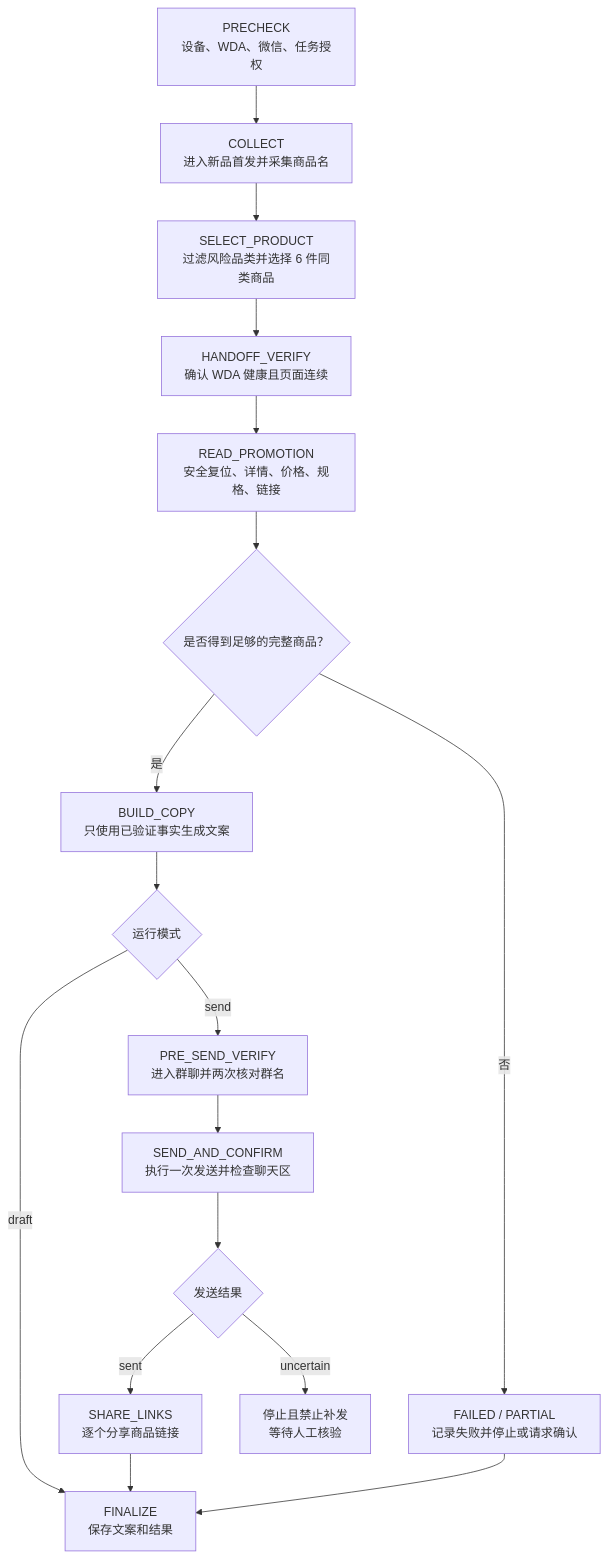
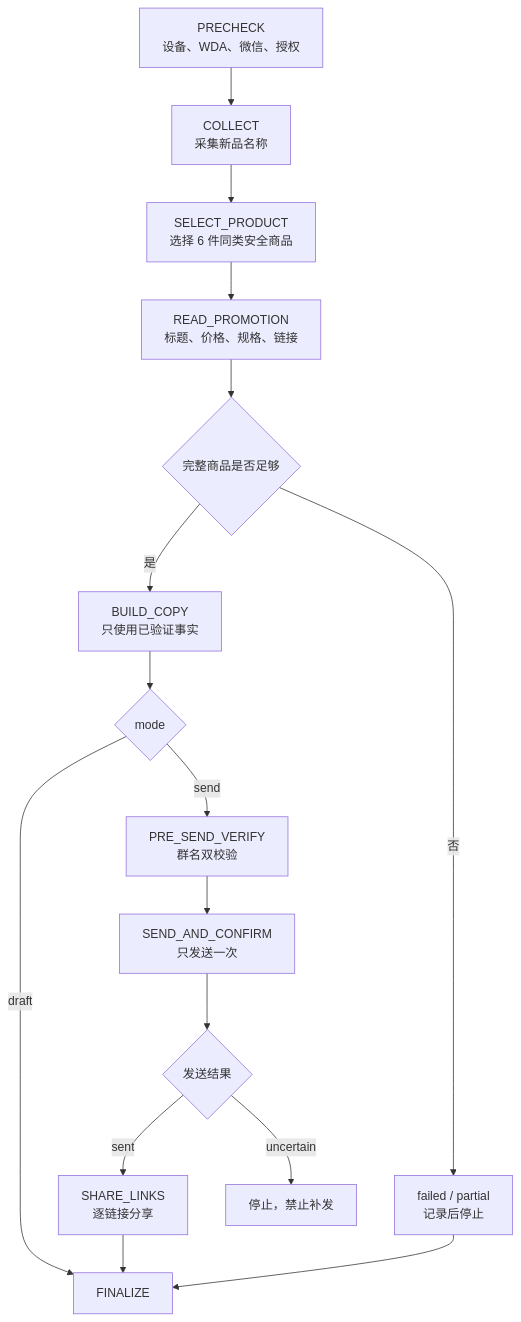
One commit to Garden12138/notes changed the second of 2 diagrams in ai/Using OpenClaw iPhone-use and WDA to automate Liangjiu WeChat promotion.md. Above: the diagram before and after it, drawn with Mermaid. The commit also changed other lines of this file and 11 other files, not shown here.

````diff
--- a/ai/Using OpenClaw iPhone-use and WDA to automate Liangjiu WeChat promotion.md
+++ b/ai/Using OpenClaw iPhone-use and WDA to automate Liangjiu WeChat promotion.md
@@ -176,19 +90,18 @@
 ```mermaid
 flowchart TD
-    A["PRECHECK<br/>设备、WDA、微信、任务授权"] --> B["COLLECT<br/>进入新品首发并采集商品名"]
-    B --> C["SELECT_PRODUCT<br/>过滤风险品类并选择 6 件同类商品"]
-    C --> D["HANDOFF_VERIFY<br/>确认 WDA 健康且页面连续"]
-    D --> E["READ_PROMOTION<br/>安全复位、详情、价格、规格、链接"]
-    E --> F{"是否得到足够的完整商品？"}
-    F -->|否| F1["FAILED / PARTIAL<br/>记录失败并停止或请求确认"]
-    F -->|是| G["BUILD_COPY<br/>只使用已验证事实生成文案"]
-    G --> H{"运行模式"}
-    H -->|draft| N["FINALIZE<br/>保存文案和结果"]
-    H -->|send| I["PRE_SEND_VERIFY<br/>进入群聊并两次核对群名"]
-    I --> J["SEND_AND_CONFIRM<br/>执行一次发送并检查聊天区"]
+    A["PRECHECK<br/>设备、WDA、微信、授权"] --> B["COLLECT<br/>采集新品名称"]
+    B --> C["SELECT_PRODUCT<br/>选择 6 件同类安全商品"]
+    C --> D["READ_PROMOTION<br/>标题、价格、规格、链接"]
+    D --> E{"完整商品是否足够"}
+    E -->|否| F["failed / partial<br/>记录后停止"]
+    E -->|是| G["BUILD_COPY<br/>只使用已验证事实"]
+    G --> H{"mode"}
+    H -->|draft| N["FINALIZE"]
+    H -->|send| I["PRE_SEND_VERIFY<br/>群名双校验"]
+    I --> J["SEND_AND_CONFIRM<br/>只发送一次"]
     J --> K{"发送结果"}
-    K -->|sent| L["SHARE_LINKS<br/>逐个分享商品链接"]
-    K -->|uncertain| M["停止且禁止补发<br/>等待人工核验"]
+    K -->|sent| L["SHARE_LINKS<br/>逐链接分享"]
+    K -->|uncertain| M["停止，禁止补发"]
     L --> N
-    F1 --> N
+    F --> N
 ```
````
